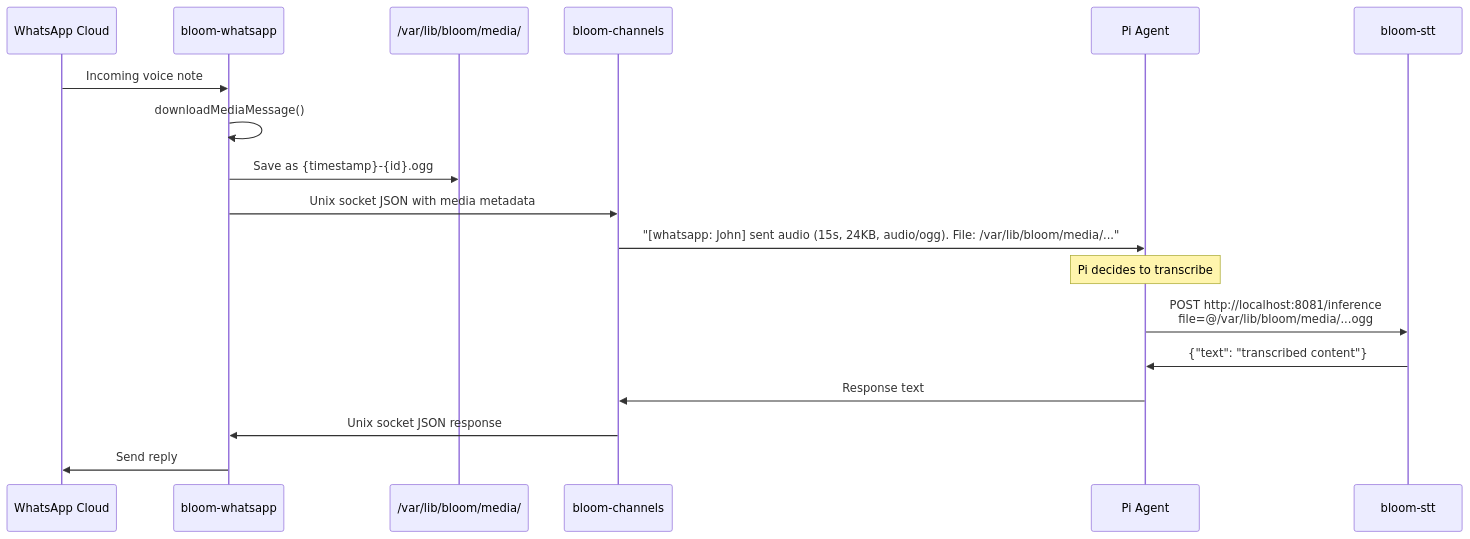
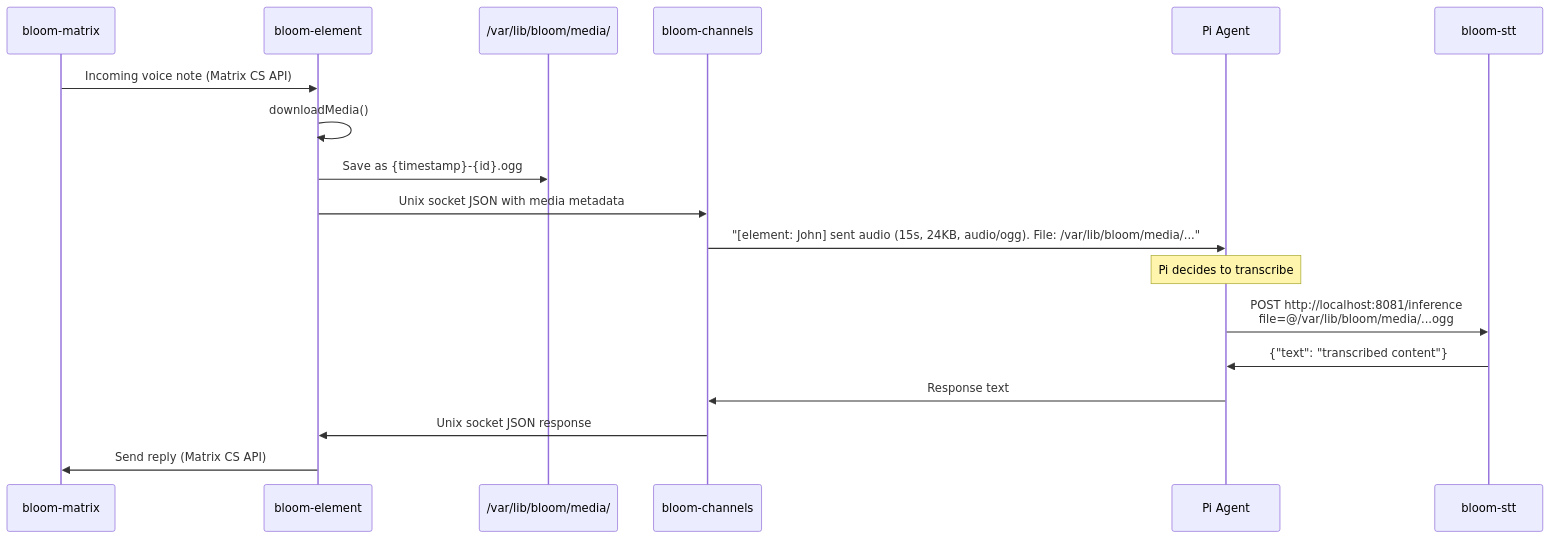
The fourth of 5 diagrams in docs/service-architecture.md (alexradunet/pibloom), drawn with Mermaid before and after one commit. The commit also changed other lines of this file and 1 other file, not shown here.

First line of the commit message:
docs: update architecture and channel protocol for Matrix

````diff
--- a/docs/service-architecture.md
+++ b/docs/service-architecture.md
@@ -164,22 +162,22 @@
 ```mermaid
 sequenceDiagram
-    participant WA as WhatsApp Cloud
-    participant Bridge as bloom-whatsapp
+    participant Matrix as bloom-matrix
+    participant Bridge as bloom-element
     participant FS as /var/lib/bloom/media/
     participant Channels as bloom-channels
     participant Pi as Pi Agent
     participant STT as bloom-stt
 
-    WA->>Bridge: Incoming voice note
-    Bridge->>Bridge: downloadMediaMessage()
+    Matrix->>Bridge: Incoming voice note (Matrix CS API)
+    Bridge->>Bridge: downloadMedia()
     Bridge->>FS: Save as {timestamp}-{id}.ogg
     Bridge->>Channels: Unix socket JSON with media metadata
-    Channels->>Pi: "[whatsapp: John] sent audio (15s, 24KB, audio/ogg). File: /var/lib/bloom/media/..."
+    Channels->>Pi: "[element: John] sent audio (15s, 24KB, audio/ogg). File: /var/lib/bloom/media/..."
 
     Note over Pi: Pi decides to transcribe
     Pi->>STT: POST http://localhost:8081/inference<br/>file=@/var/lib/bloom/media/...ogg
     STT->>Pi: {"text": "transcribed content"}
     Pi->>Channels: Response text
     Channels->>Bridge: Unix socket JSON response
-    Bridge->>WA: Send reply
+    Bridge->>Matrix: Send reply (Matrix CS API)
 ```
````
